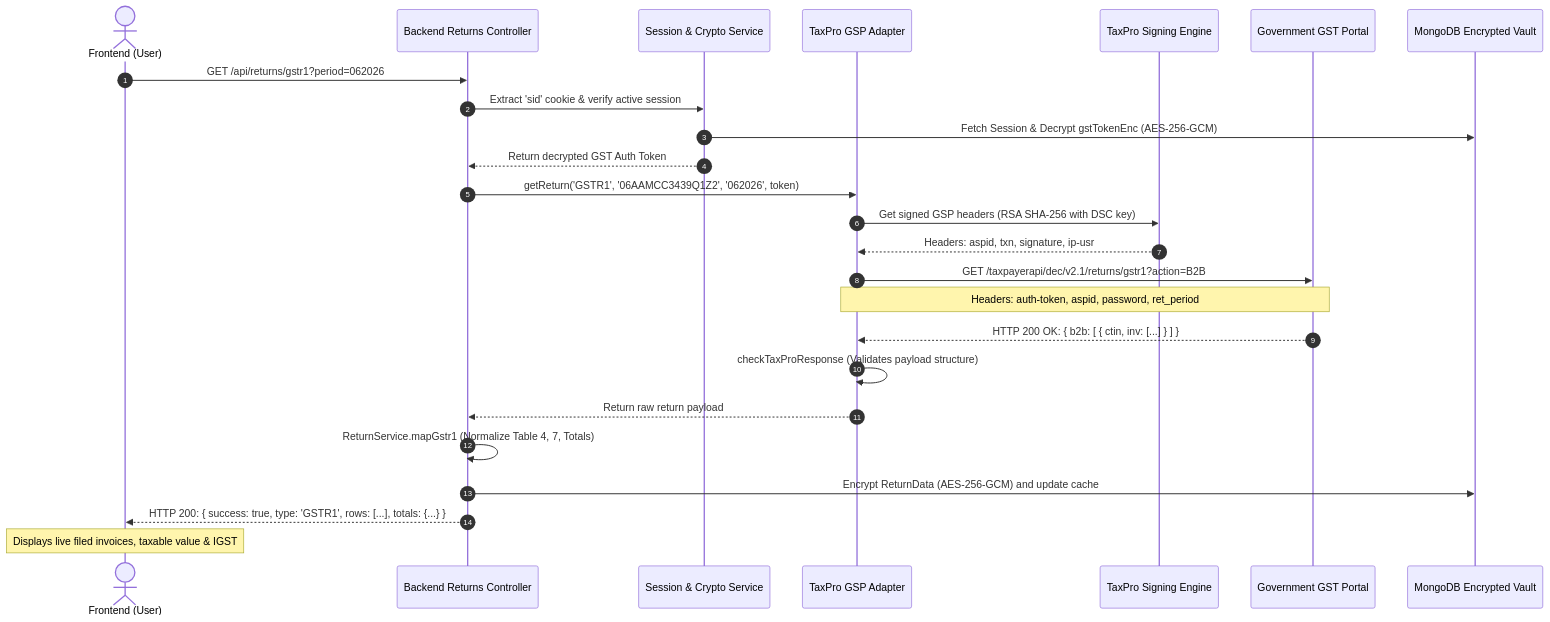
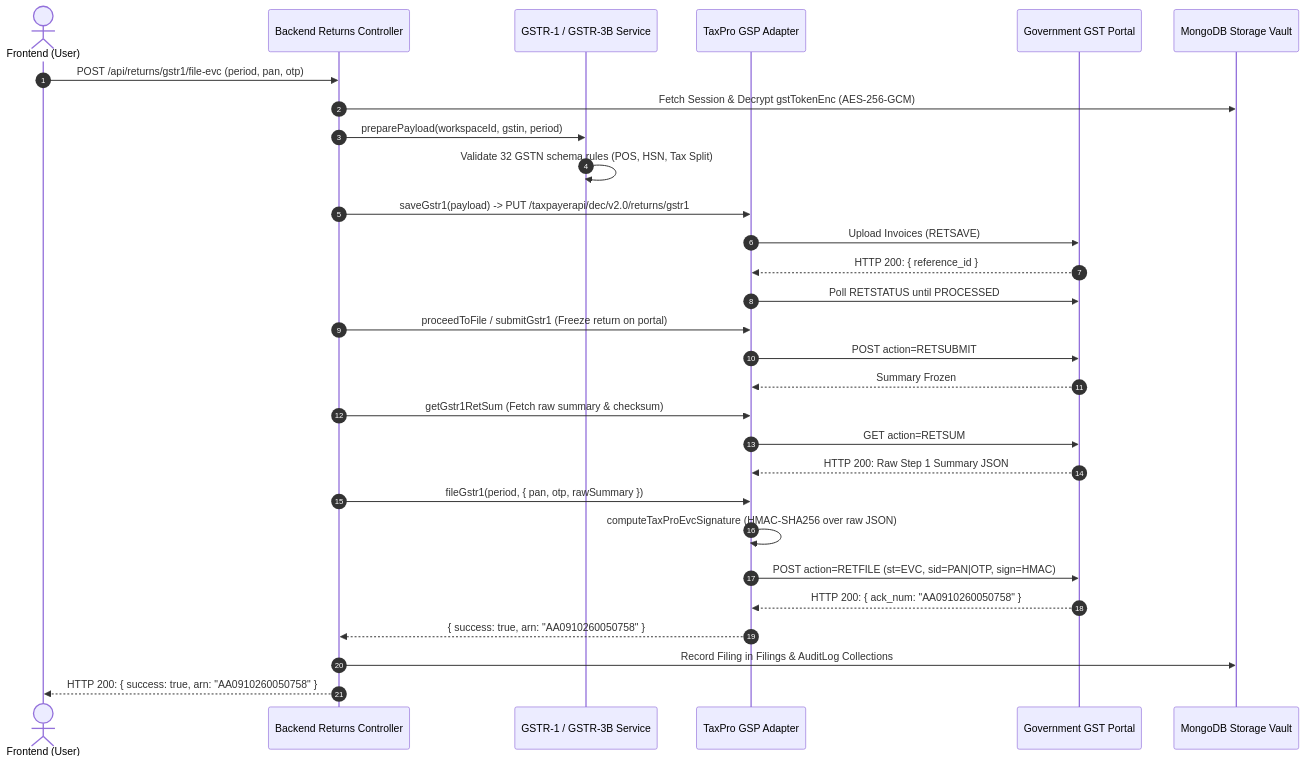
The fourth of 5 diagrams in README.md (vikramKumar-code/GST-Comliance), drawn with Mermaid before and after one commit. The commit also changed other lines of this file and 2 other files, not shown here.

Commit message:
chore: update documentation and security rules

````diff
--- a/README.md
+++ b/README.md
@@ -248,32 +256,37 @@
 ```mermaid
 sequenceDiagram
     autonumber
     actor Client as Frontend (User)
     participant API as Backend Returns Controller
-    participant Auth as Session & Crypto Service
+    participant Svc as GSTR-1 / GSTR-3B Service
     participant Provider as TaxPro GSP Adapter
-    participant GSP as TaxPro Signing Engine
     participant GSTN as Government GST Portal
-    participant DB as MongoDB Encrypted Vault
+    participant DB as MongoDB Storage Vault
 
-    Client->>API: GET /api/returns/gstr1?period=062026
-    API->>Auth: Extract 'sid' cookie & verify active session
-    Auth->>DB: Fetch Session & Decrypt gstTokenEnc (AES-256-GCM)
-    Auth-->>API: Return decrypted GST Auth Token
+    Client->>API: POST /api/returns/gstr1/file-evc (period, pan, otp)
+    API->>DB: Fetch Session & Decrypt gstTokenEnc (AES-256-GCM)
+    API->>Svc: preparePayload(workspaceId, gstin, period)
+    Svc->>Svc: Validate 32 GSTN schema rules (POS, HSN, Tax Split)
 
-    API->>Provider: getReturn('GSTR1', '06AAMCC3439Q1Z2', '062026', token)
-    Provider->>GSP: Get signed GSP headers (RSA SHA-256 with DSC key)
-    GSP-->>Provider: Headers: aspid, txn, signature, ip-usr
-    
-    Provider->>GSTN: GET /taxpayerapi/dec/v2.1/returns/gstr1?action=B2B
-    Note over Provider,GSTN: Headers: auth-token, aspid, password, ret_period
-    GSTN-->>Provider: HTTP 200 OK: { b2b: [ { ctin, inv: [...] } ] }
+    API->>Provider: saveGstr1(payload) -> PUT /taxpayerapi/dec/v2.0/returns/gstr1
+    Provider->>GSTN: Upload Invoices (RETSAVE)
+    GSTN-->>Provider: HTTP 200: { reference_id }
+    Provider->>GSTN: Poll RETSTATUS until PROCESSED
 
-    Provider->>Provider: checkTaxProResponse (Validates payload structure)
-    Provider-->>API: Return raw return payload
+    API->>Provider: proceedToFile / submitGstr1 (Freeze return on portal)
+    Provider->>GSTN: POST action=RETSUBMIT
+    GSTN-->>Provider: Summary Frozen
 
-    API->>API: ReturnService.mapGstr1 (Normalize Table 4, 7, Totals)
-    API->>DB: Encrypt ReturnData (AES-256-GCM) and update cache
-    API-->>Client: HTTP 200: { success: true, type: 'GSTR1', rows: [...], totals: {...} }
-    Note over Client: Displays live filed invoices, taxable value & IGST
+    API->>Provider: getGstr1RetSum (Fetch raw summary & checksum)
+    Provider->>GSTN: GET action=RETSUM
+    GSTN-->>Provider: HTTP 200: Raw Step 1 Summary JSON
+
+    API->>Provider: fileGstr1(period, { pan, otp, rawSummary })
+    Provider->>Provider: computeTaxProEvcSignature (HMAC-SHA256 over raw JSON)
+    Provider->>GSTN: POST action=RETFILE (st=EVC, sid=PAN|OTP, sign=HMAC)
+    GSTN-->>Provider: HTTP 200: { ack_num: "AA0910260050758" }
+
+    Provider-->>API: { success: true, arn: "AA0910260050758" }
+    API->>DB: Record Filing in Filings & AuditLog Collections
+    API-->>Client: HTTP 200: { success: true, arn: "AA0910260050758" }
 ```
````
